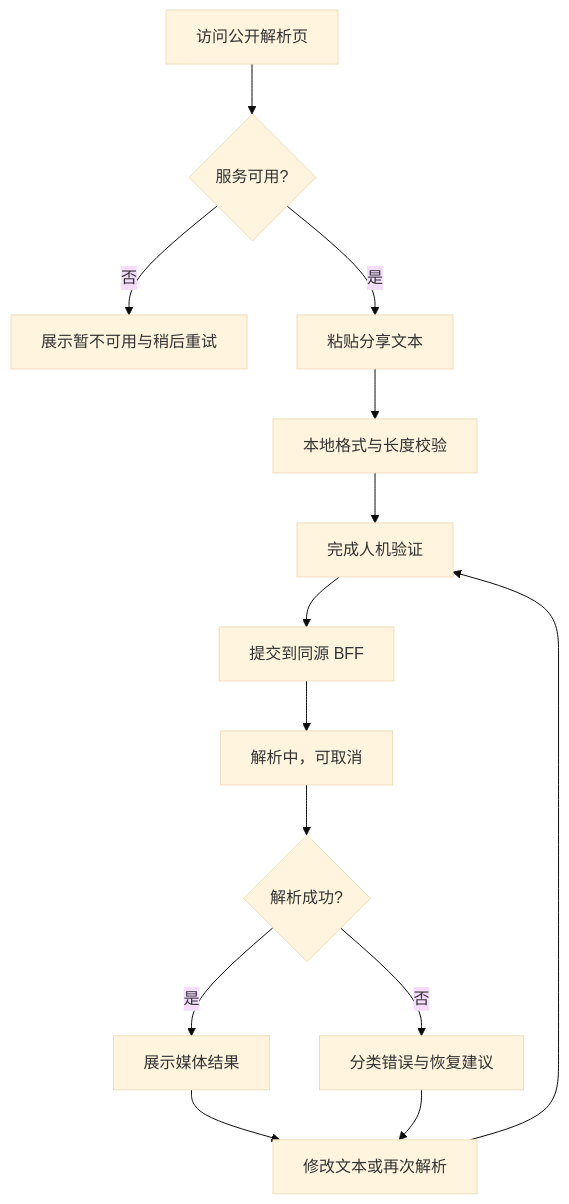
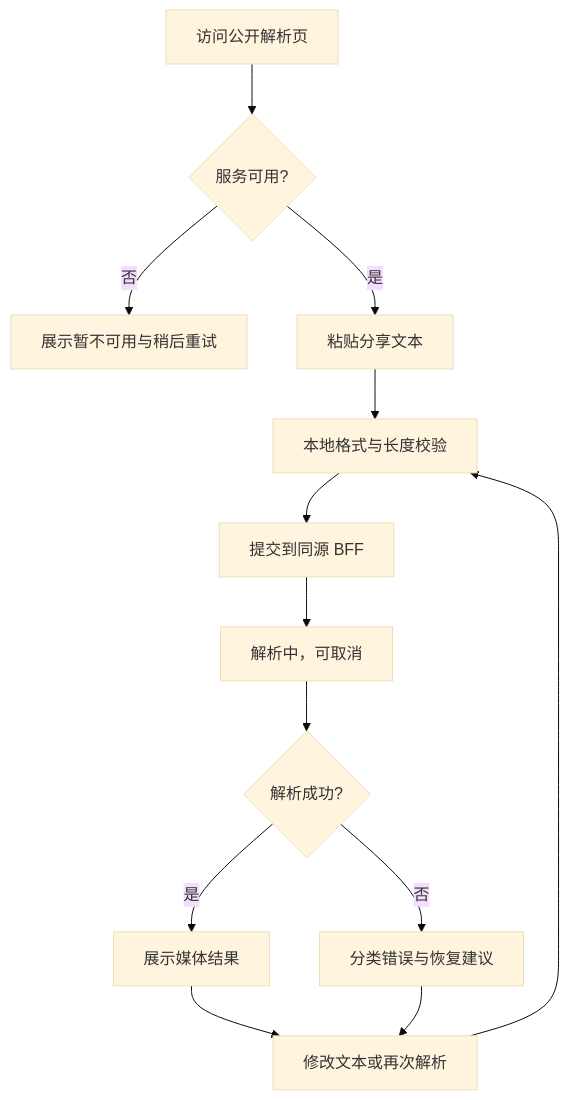
Before and after one commit to x-dr/media-parser-ts: the first of 2 diagrams in docs/public-web-design/README.md, drawn with Mermaid (base theme). The commit also changed other lines of this file and 8 other files, not shown here.

````diff
--- a/docs/public-web-design/README.md
+++ b/docs/public-web-design/README.md
@@ -66,16 +80,15 @@
 ```mermaid
 flowchart TD
     Visit[访问公开解析页] --> Status{服务可用?}
     Status -->|否| Unready[展示暂不可用与稍后重试]
     Status -->|是| Input[粘贴分享文本]
     Input --> Validate[本地格式与长度校验]
-    Validate --> Turnstile[完成人机验证]
-    Turnstile --> Submit[提交到同源 BFF]
+    Validate --> Submit[提交到同源 BFF]
     Submit --> Waiting[解析中，可取消]
     Waiting --> Success{解析成功?}
     Success -->|是| Result[展示媒体结果]
     Success -->|否| Error[分类错误与恢复建议]
     Result --> Again[修改文本或再次解析]
     Error --> Again
-    Again --> Turnstile
+    Again --> Validate
 ```
````
